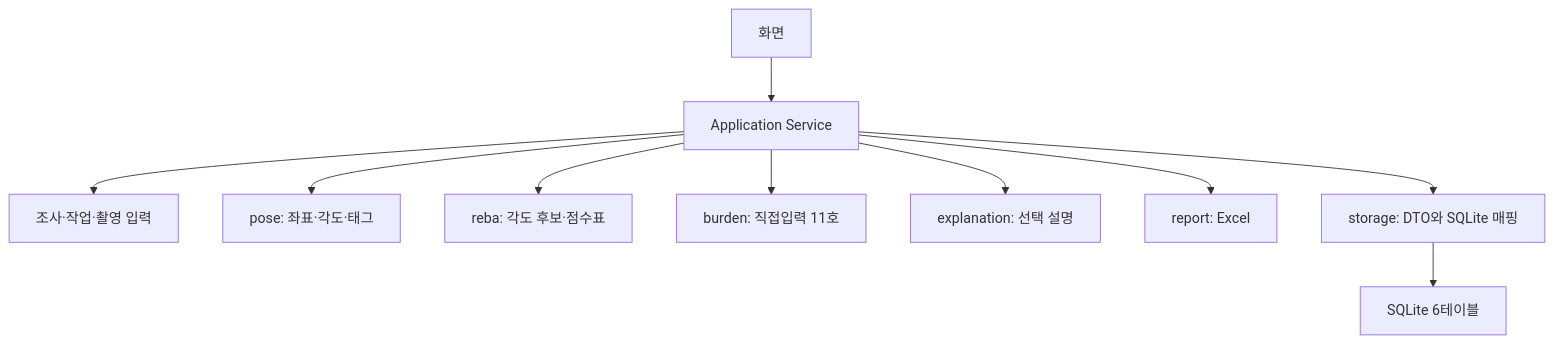
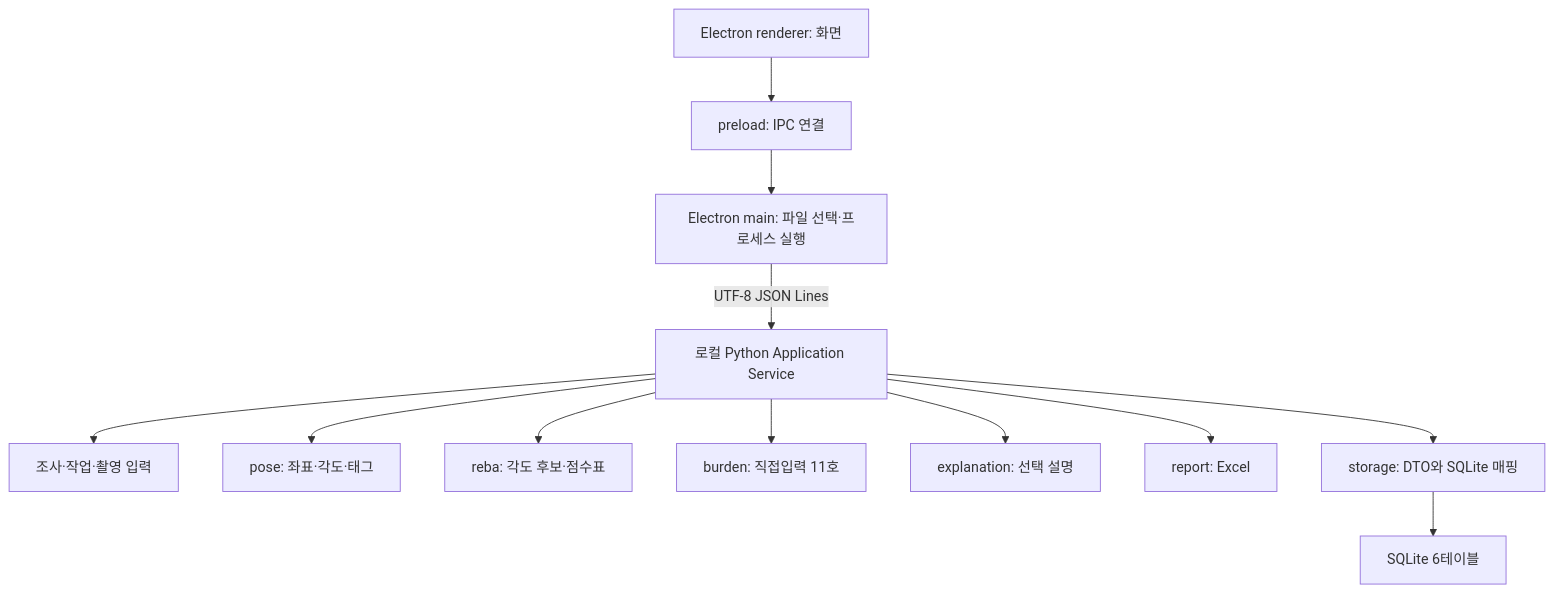
Before and after one commit to LOCO-KOREA/LOCO: the diagram in docs/DB아키텍처_설계서.md, drawn with Mermaid. The commit also changed other lines of this file and 5 other files, not shown here.

````diff
--- a/docs/DB아키텍처_설계서.md
+++ b/docs/DB아키텍처_설계서.md
@@ -28,12 +31,14 @@
 ```mermaid
 flowchart TD
-  UI[화면] --> APP[Application Service]
+  UI[Electron renderer: 화면] --> PRELOAD[preload: IPC 연결]
+  PRELOAD --> MAIN[Electron main: 파일 선택·프로세스 실행]
+  MAIN -->|UTF-8 JSON Lines| APP[로컬 Python Application Service]
   APP --> INPUT[조사·작업·촬영 입력]
   APP --> POSE[pose: 좌표·각도·태그]
   APP --> REBA[reba: 각도 후보·점수표]
   APP --> BURDEN[burden: 직접입력 11호]
   APP --> GPT[explanation: 선택 설명]
   APP --> REPORT[report: Excel]
   APP --> STORE[storage: DTO와 SQLite 매핑]
   STORE --> DB[SQLite 6테이블]
 ```
````
